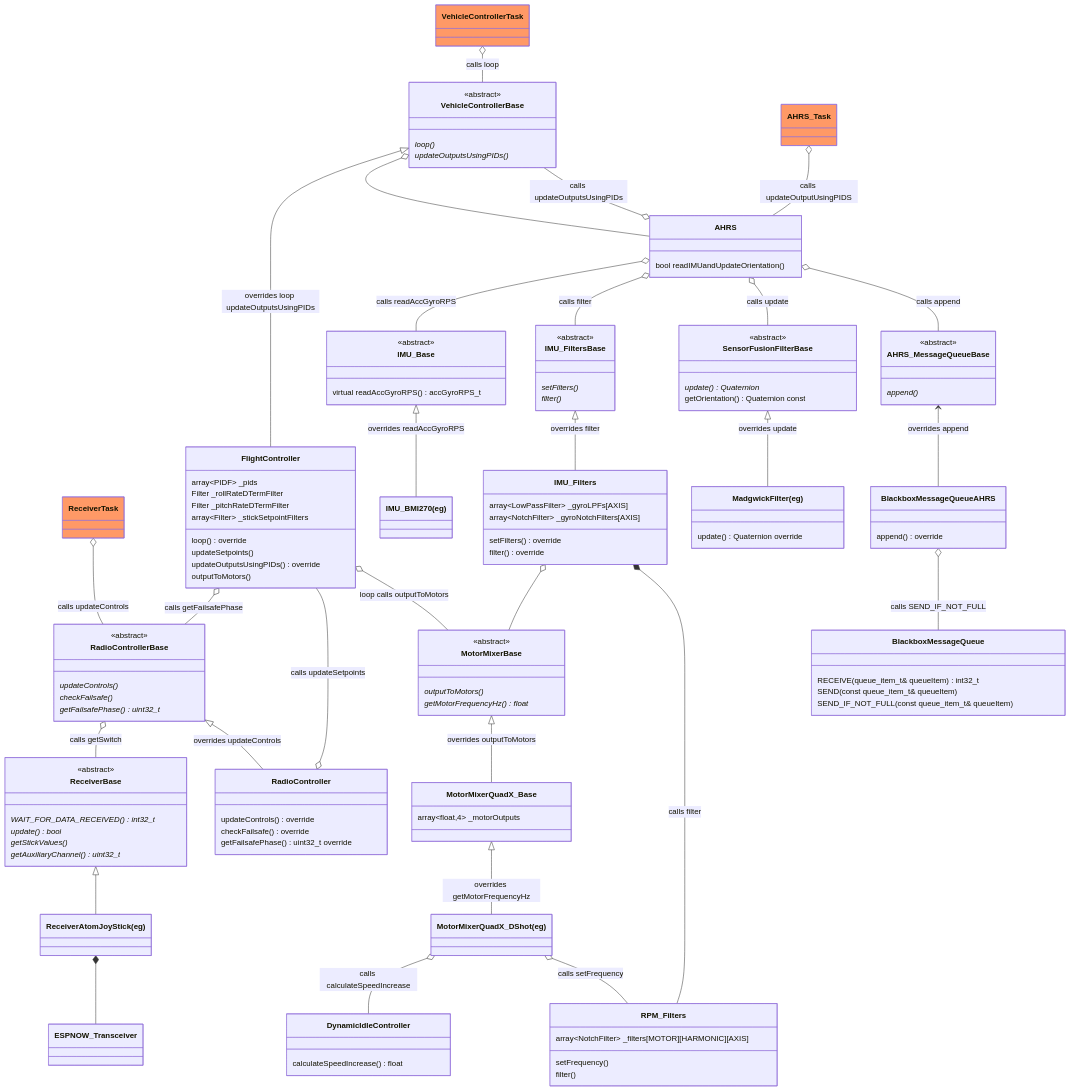
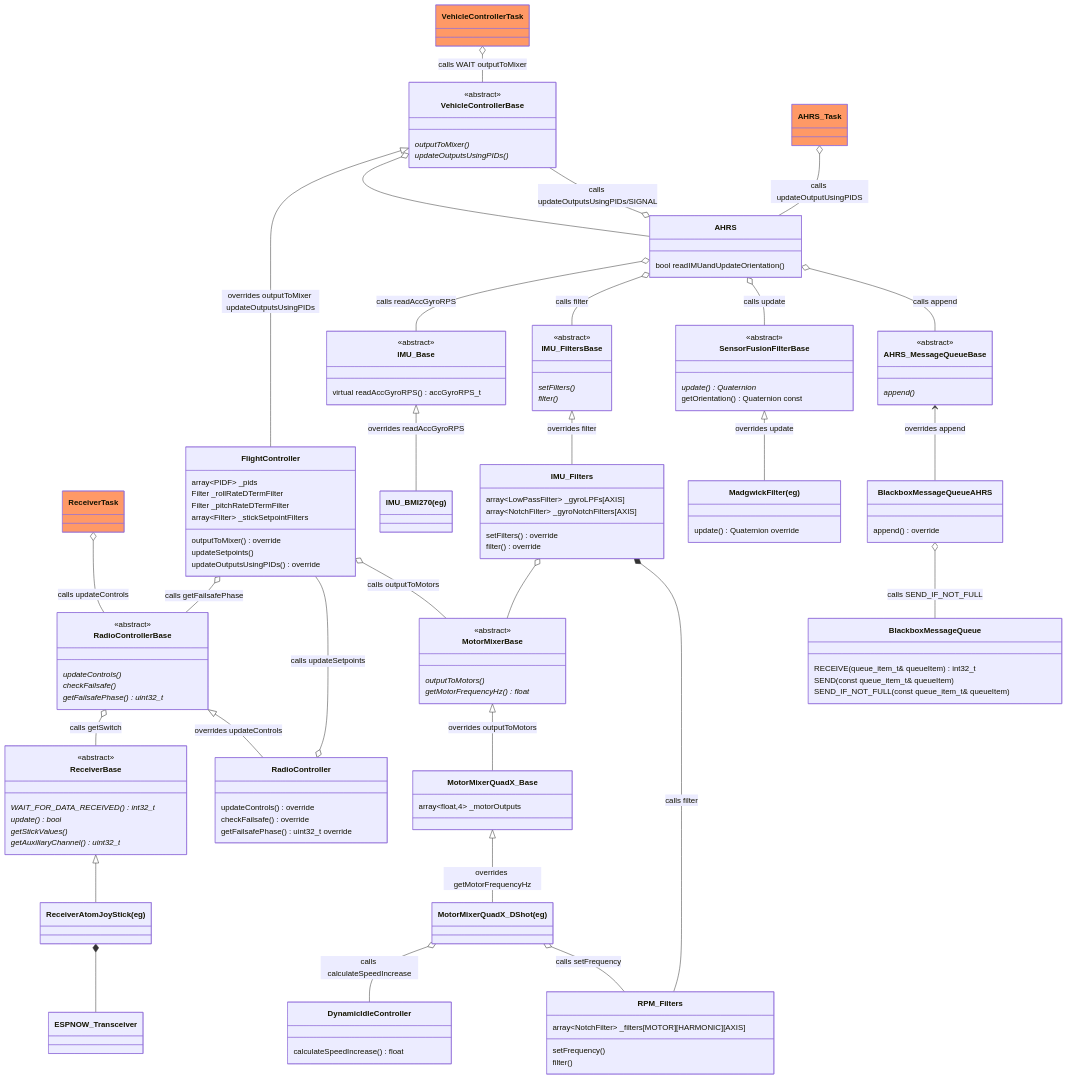
The first of 5 diagrams in README.md (martinbudden/Protoflight), drawn with Mermaid before and after one commit. The commit also changed other lines of this file and 13 other files, not shown here.

```diff
--- a/README.md
+++ b/README.md
@@ -289,7 +288,7 @@
 
     class VehicleControllerBase {
         <<abstract>>
-        loop() *
+        outputToMixer() *
         updateOutputsUsingPIDs() *
     }
     link VehicleControllerBase "https://github.com/martinbudden/Library-StabilizedVehicle/blob/main/src/VehicleControllerBase.h"
@@ -304,22 +303,21 @@
 
     class VehicleControllerTask:::taskClass {
     }
-    VehicleControllerTask o-- VehicleControllerBase : calls loop
+    VehicleControllerTask o-- VehicleControllerBase : calls WAIT outputToMixer
 
     class FlightController {
         array~PIDF~ _pids
         Filter _rollRateDTermFilter
         Filter _pitchRateDTermFilter
         array~Filter~ _stickSetpointFilters
-        loop() override
+        outputToMixer() override
         updateSetpoints()
         updateOutputsUsingPIDs() override
-        outputToMotors()
     }
     link FlightController "https://github.com/martinbudden/protoflight/blob/main/lib/FlightController/src/FlightController.h"
     FlightController o-- RadioControllerBase : calls getFailsafePhase
     FlightController --o RadioController : calls updateSetpoints
-    FlightController o-- MotorMixerBase : loop calls outputToMotors
+    FlightController o-- MotorMixerBase : calls outputToMotors
 
     class AHRS {
         bool readIMUandUpdateOrientation()
@@ -333,8 +331,8 @@
     }
     AHRS_Task o-- AHRS : calls updateOutputUsingPIDS
 
-    VehicleControllerBase <|-- FlightController : overrides loop updateOutputsUsingPIDs
-    AHRS o-- VehicleControllerBase : calls updateOutputsUsingPIDs
+    VehicleControllerBase <|-- FlightController : overrides outputToMixer updateOutputsUsingPIDs
+    AHRS o-- VehicleControllerBase : calls updateOutputsUsingPIDs/SIGNAL
     VehicleControllerBase o-- AHRS
     %%AHRS --o VehicleControllerBase : historical
 
```
